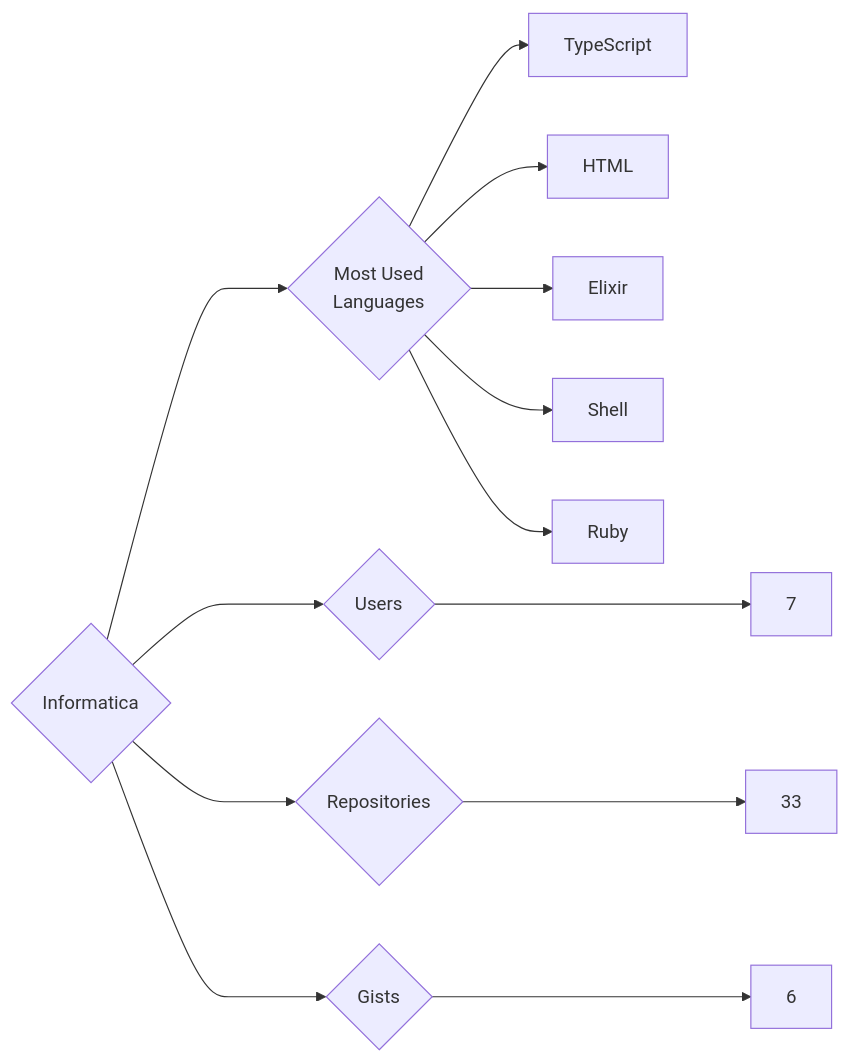
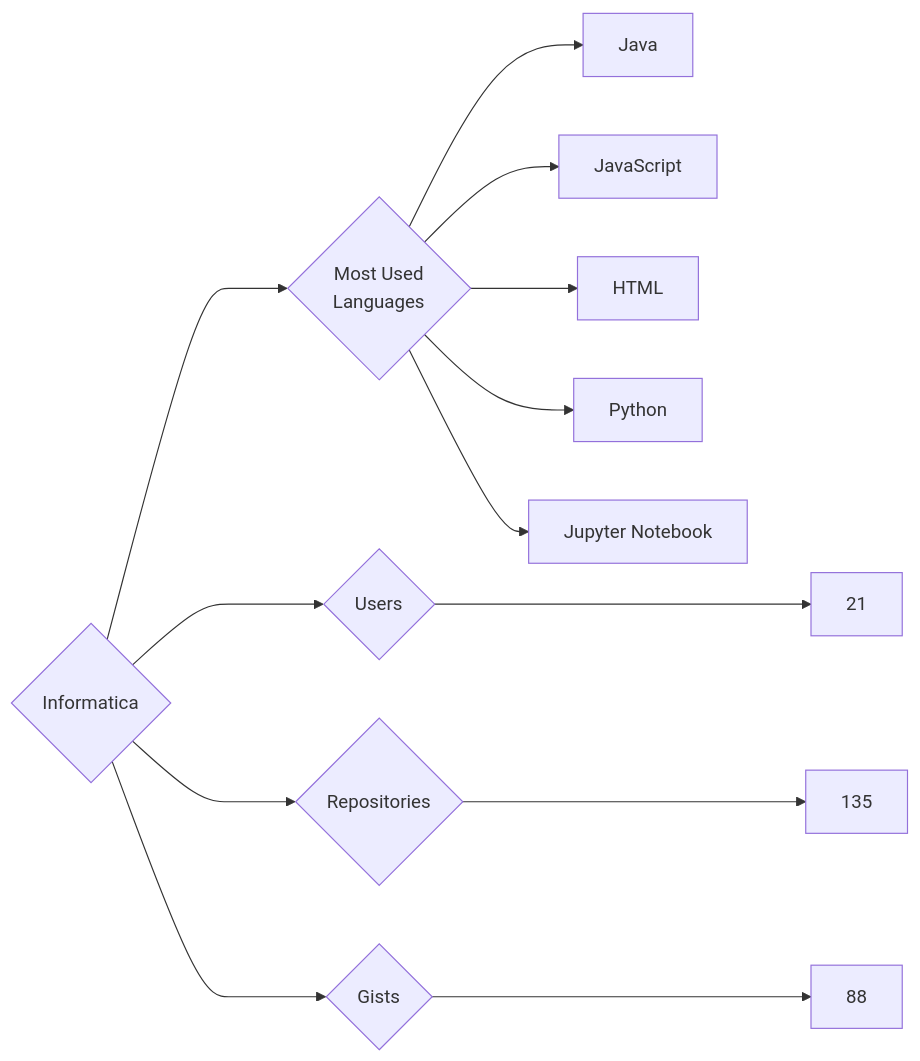
Before and after one commit to trickest/insiders: the diagram in targets/Informatica/README.md, drawn with Mermaid. The commit also changed 736 other files, not shown here.

````diff
--- a/targets/Informatica/README.md
+++ b/targets/Informatica/README.md
@@ -3,13 +3,13 @@
 ```mermaid
 graph LR
 COMPANY_NAME{Informatica}
-COMPANY_NAME ---> U{Users} ---> UN[7]
-COMPANY_NAME ---> R{Repositories} ---> RN[33]
-COMPANY_NAME ---> G{Gists} ---> GN[6]
+COMPANY_NAME ---> U{Users} ---> UN[21]
+COMPANY_NAME ---> R{Repositories} ---> RN[135]
+COMPANY_NAME ---> G{Gists} ---> GN[88]
 COMPANY_NAME ---> ML{Most Used<br>Languages}
-ML --> TypeScript[TypeScript]
+ML --> Java[Java]
+ML --> JavaScript[JavaScript]
 ML --> HTML[HTML]
-ML --> Elixir[Elixir]
-ML --> Shell[Shell]
-ML --> Ruby[Ruby]
+ML --> Python[Python]
+ML --> Jupyter_Notebook[Jupyter Notebook]
 ```
````
